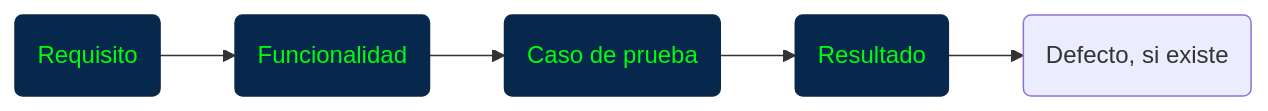
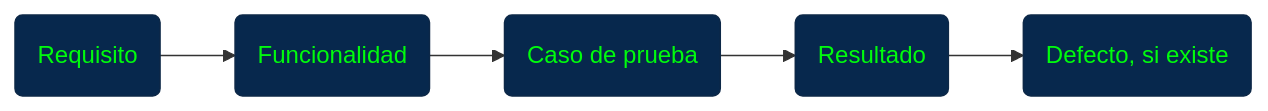
Diagram 14 of 22 in Knowledge Base/1 Fundamentos Esenciales/3. Conceptos Intermedios/40 - 49/49 Testing y Calidad del Código.md (JhalexR/learning-journey), drawn with Mermaid before and after one commit. The commit also changed other lines of this file, not shown here.

````diff
--- a/Knowledge Base/1 Fundamentos Esenciales/3. Conceptos Intermedios/40 - 49/49 Testing y Calidad del Código.md
+++ b/Knowledge Base/1 Fundamentos Esenciales/3. Conceptos Intermedios/40 - 49/49 Testing y Calidad del Código.md
@@ -920,18 +922,18 @@
 ```mermaid
 
 flowchart LR
 
 A(Requisito)
 B(Funcionalidad)
 C(Caso de prueba)
 D(Resultado)
 E(Defecto, si existe)
 
 A --> B --> C --> D --> E
 
 style A fill:#07284d,stroke:#0d2847,stroke-width:1px,color:#00fc0d;
 style B fill:#07284d,stroke:#0d2847,stroke-width:1px,color:#00fc0d;
 style C fill:#07284d,stroke:#0d2847,stroke-width:1px,color:#00fc0d;
 style D fill:#07284d,stroke:#0d2847,stroke-width:1px,color:#00fc0d;
-style D fill:#07284d,stroke:#0d2847,stroke-width:1px,color:#00fc0d;
+style E fill:#07284d,stroke:#0d2847,stroke-width:1px,color:#00fc0d;
 ```
````
